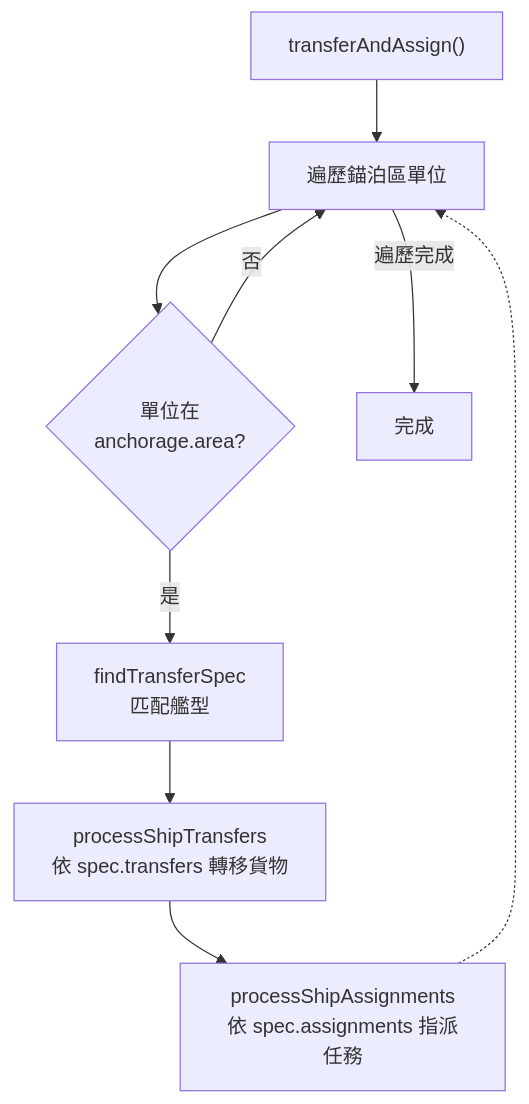
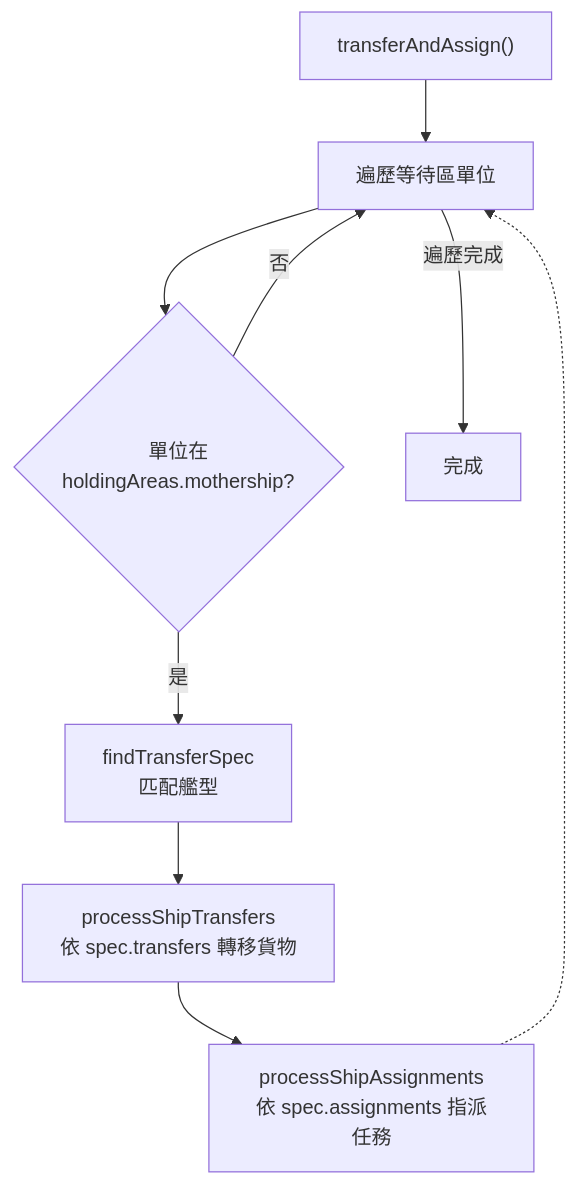
Before and after one commit to pullupjumper/formosa-in-flames: the diagram in docs/landingOps/amphibiousLogistics.md, drawn with Mermaid. The commit also changed other lines of this file and 31 other files, not shown here.

First line of the commit message:
refactor(landingOps): rename anchorage to movement.holdingAreas and trim shipMovement params

````diff
--- a/docs/landingOps/amphibiousLogistics.md
+++ b/docs/landingOps/amphibiousLogistics.md
@@ -48,16 +48,16 @@
 ```mermaid
 flowchart TD
     START["transferAndAssign()"]
-    ITER_UNIT["遍歷錨泊區單位"]
-    IN_AREA{單位在<br>anchorage.area?}
+    ITER_UNIT["遍歷等待區單位"]
+    IN_AREA{單位在<br>holdingAreas.mothership?}
     FIND_SPEC["findTransferSpec<br>匹配艦型"]
     TRANSFER["processShipTransfers<br>依 spec.transfers 轉移貨物"]
     ASSIGN["processShipAssignments<br>依 spec.assignments 指派任務"]
     DONE["完成"]
 
     START --> ITER_UNIT --> IN_AREA
     IN_AREA -->|是| FIND_SPEC --> TRANSFER --> ASSIGN
     ASSIGN -.-> ITER_UNIT
     IN_AREA -->|否| ITER_UNIT
     ITER_UNIT -->|遍歷完成| DONE
 ```
````
